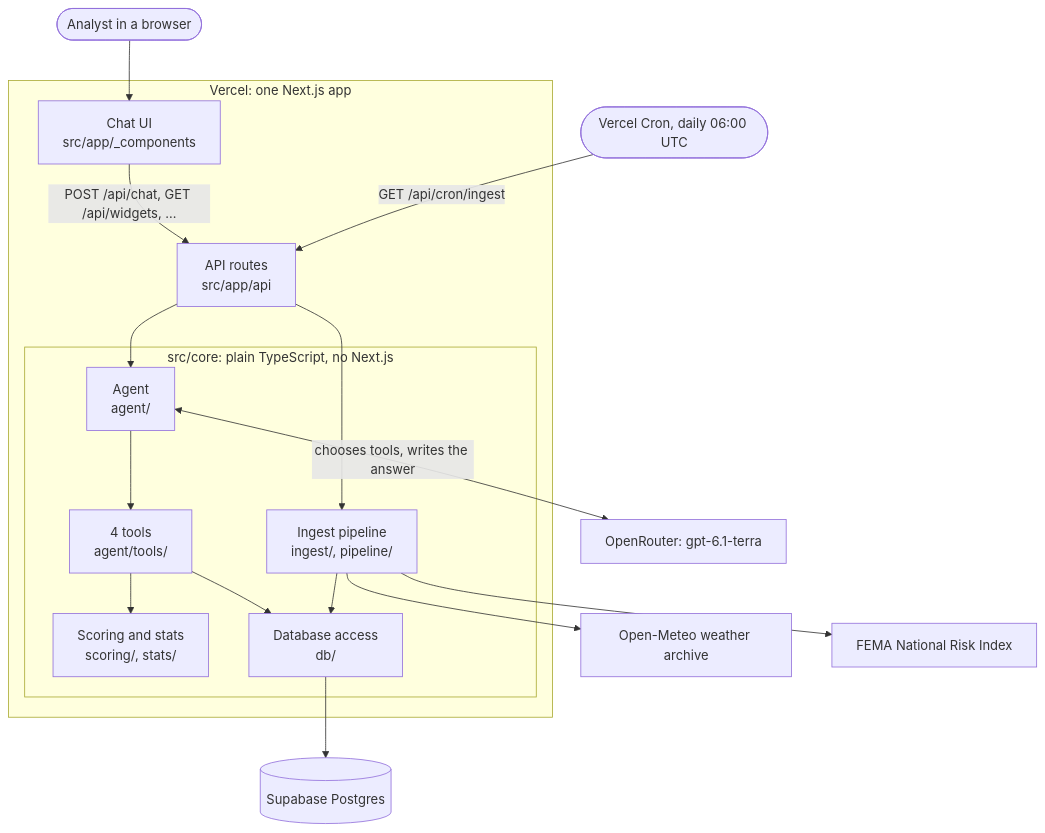
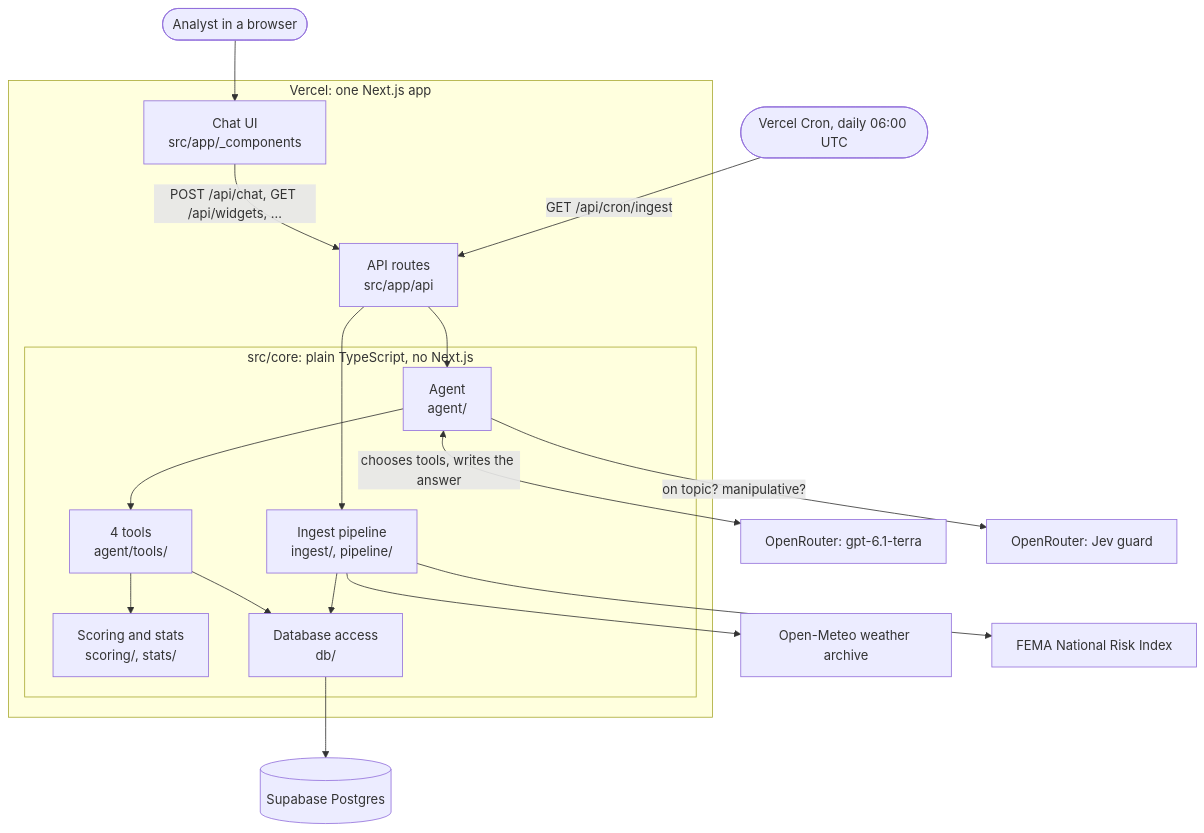
Before and after one commit to yardenfarag/Home-Assignment-Moveo: the first of 2 diagrams in docs/design.md, drawn with Mermaid. The commit also changed other lines of this file and 19 other files, not shown here.

First line of the commit message:
feat(step-11): Jev out-of-scope and manipulation guard

````diff
--- a/docs/design.md
+++ b/docs/design.md
@@ -34,33 +34,35 @@
 ```mermaid
 flowchart TB
   user([Analyst in a browser])
   subgraph vercel [Vercel: one Next.js app]
     ui["Chat UI<br/>src/app/_components"]
     api["API routes<br/>src/app/api"]
     subgraph core ["src/core: plain TypeScript, no Next.js"]
       agent["Agent<br/>agent/"]
       tools["4 tools<br/>agent/tools/"]
       scoring["Scoring and stats<br/>scoring/, stats/"]
       ingest["Ingest pipeline<br/>ingest/, pipeline/"]
       repos["Database access<br/>db/"]
     end
   end
   cron([Vercel Cron, daily 06:00 UTC])
   db[(Supabase Postgres)]
   llm[OpenRouter: gpt-6.1-terra]
+  jev[OpenRouter: Jev guard]
   meteo[Open-Meteo weather archive]
   fema[FEMA National Risk Index]
 
   user --> ui
   ui -->|"POST /api/chat, GET /api/widgets, …"| api
   api --> agent
   agent <-->|"chooses tools, writes the answer"| llm
+  agent -->|"on topic? manipulative?"| jev
   agent --> tools --> scoring
   tools --> repos
   cron -->|"GET /api/cron/ingest"| api
   api --> ingest
   ingest --> meteo
   ingest --> fema
   ingest --> repos
   repos --> db
 ```
````
